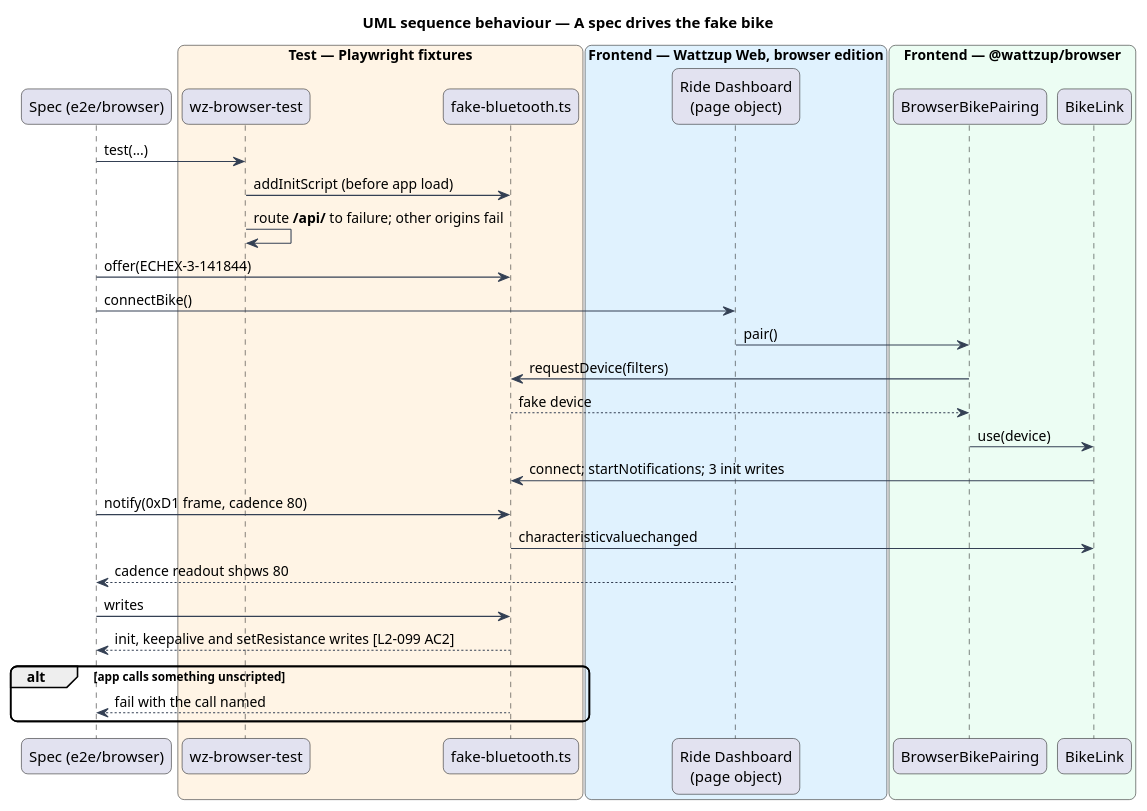
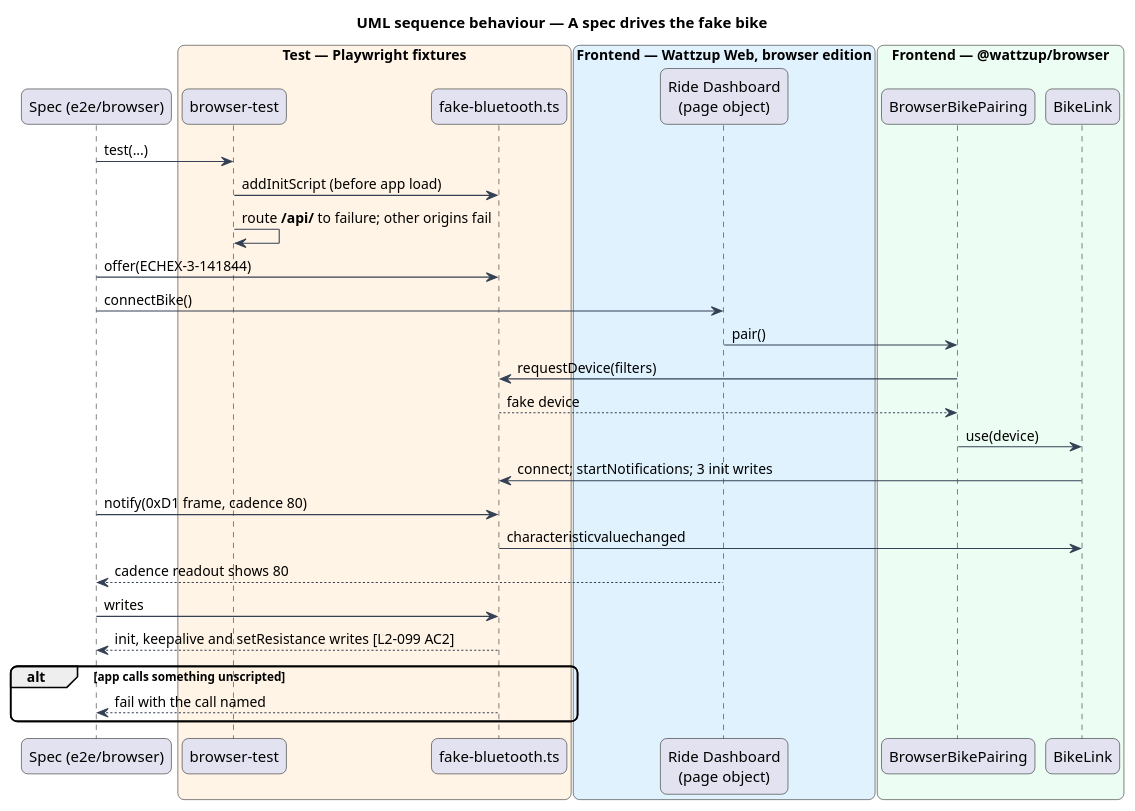
The diagram in docs/detailed-designs/browser-edition/simulate-bike-in-browser/diagrams/sequence-spec-with-fake-bluetooth.puml (QuinntyneBrown/ride-one), drawn with PlantUML before and after one commit. The commit also changed 13 other files, not shown here.

```diff
--- a/docs/detailed-designs/browser-edition/simulate-bike-in-browser/diagrams/sequence-spec-with-fake-bluetooth.puml
+++ b/docs/detailed-designs/browser-edition/simulate-bike-in-browser/diagrams/sequence-spec-with-fake-bluetooth.puml
@@ -1,39 +1,39 @@
 @startuml
 title UML sequence behaviour — A spec drives the fake bike
 skinparam backgroundColor #FFFFFF
 skinparam shadowing false
 skinparam roundcorner 12
 skinparam defaultFontName Arial
 skinparam ArrowColor #344054
 participant "Spec (e2e/browser)" as spec
 box "Test — Playwright fixtures" #FFF4E5
-  participant "wz-browser-test" as fx
+  participant "browser-test" as fx
   participant "fake-bluetooth.ts" as fake
 end box
 box "Frontend — Wattzup Web, browser edition" #E0F2FE
   participant "Ride Dashboard\n(page object)" as page
 end box
 box "Frontend — @wattzup/browser" #ECFDF3
   participant "BrowserBikePairing" as pairing
   participant "BikeLink" as link
 end box
 
 spec -> fx : test(...)
 fx -> fake : addInitScript (before app load)
 fx -> fx : route **/api/** to failure; other origins fail
 spec -> fake : offer(ECHEX-3-141844)
 spec -> page : connectBike()
 page -> pairing : pair()
 pairing -> fake : requestDevice(filters)
 fake --> pairing : fake device
 pairing -> link : use(device)
 link -> fake : connect; startNotifications; 3 init writes
 spec -> fake : notify(0xD1 frame, cadence 80)
 fake -> link : characteristicvaluechanged
 page --> spec : cadence readout shows 80
 spec -> fake : writes
 fake --> spec : init, keepalive and setResistance writes [L2-099 AC2]
 alt app calls something unscripted
   fake --> spec : fail with the call named
 end
 @enduml
```
